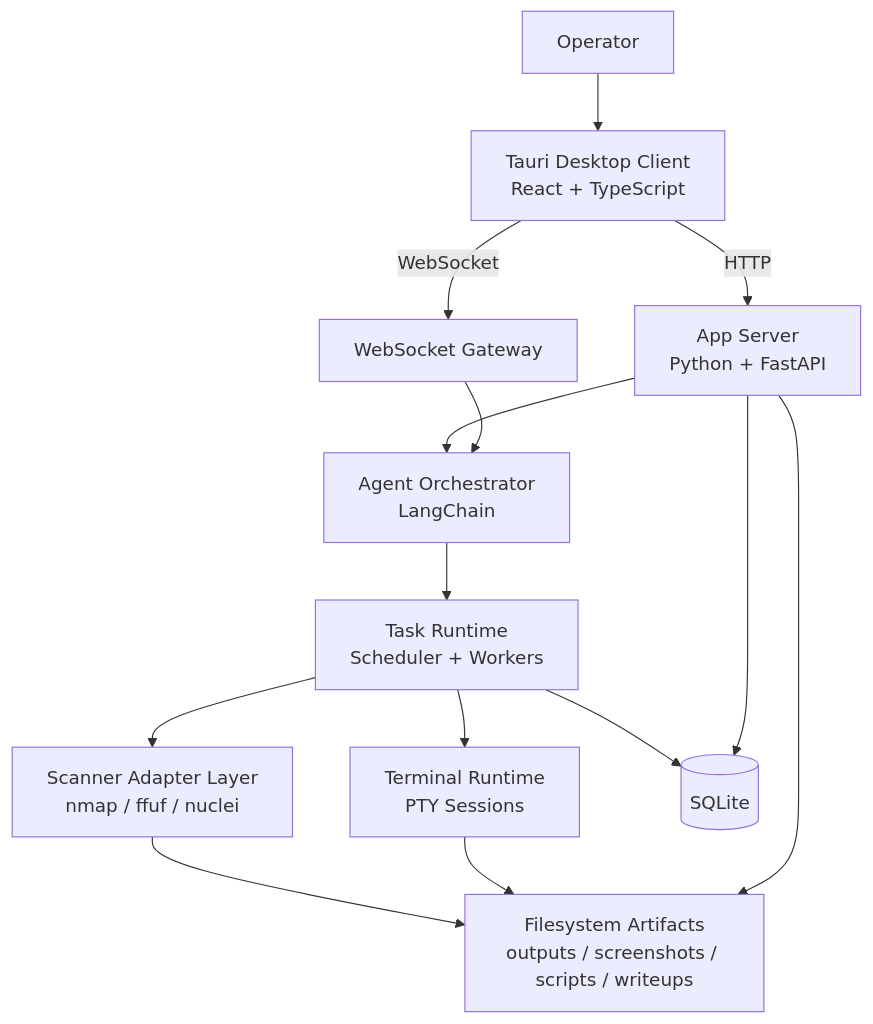
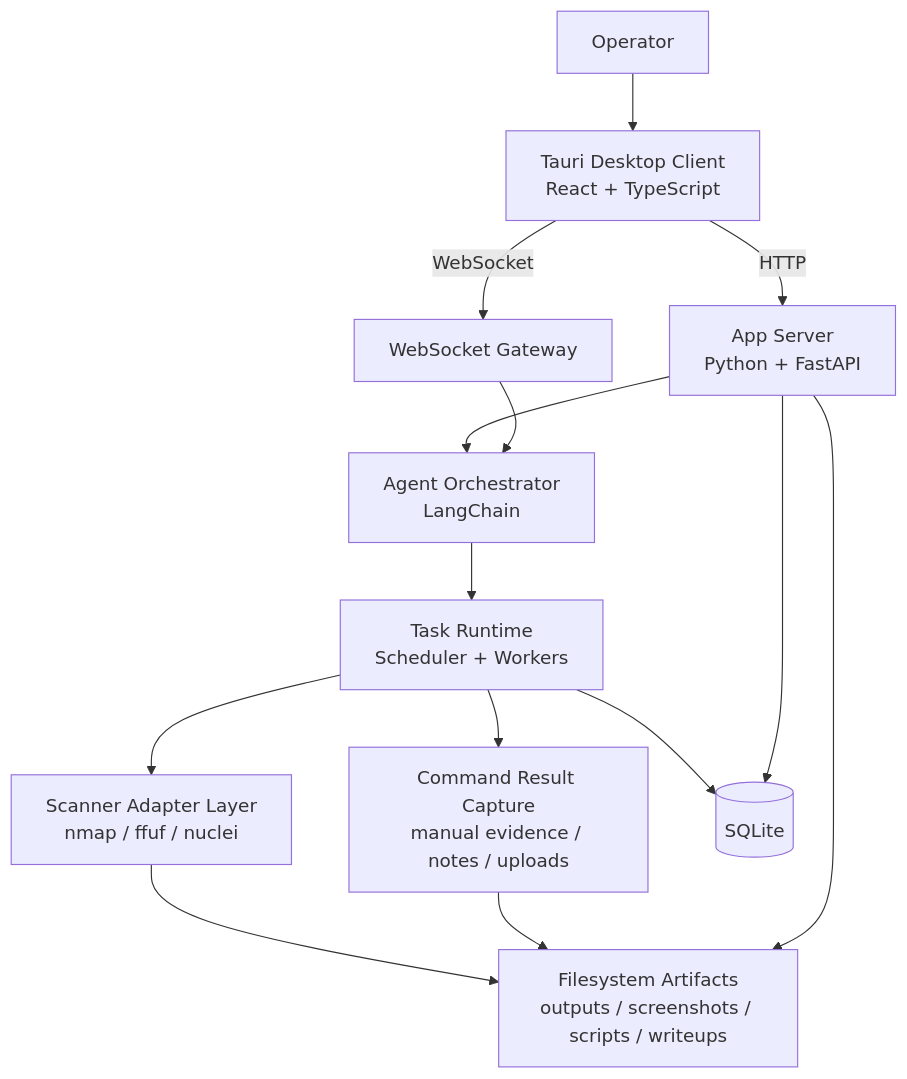
The first of 3 diagrams in docs/design/control-center-platform-design.md (a1457139709/red_agent), drawn with Mermaid before and after one commit. The commit also changed other lines of this file and 45 other files, not shown here.

````diff
--- a/docs/design/control-center-platform-design.md
+++ b/docs/design/control-center-platform-design.md
@@ -17,27 +17,27 @@
 ```mermaid
 graph TD
     Operator[Operator]
     Desktop[Tauri Desktop Client\nReact + TypeScript]
     API[App Server\nPython + FastAPI]
     WS[WebSocket Gateway]
     Agent[Agent Orchestrator\nLangChain]
     Runtime[Task Runtime\nScheduler + Workers]
     Scanner[Scanner Adapter Layer\nnmap / ffuf / nuclei]
-    Terminal[Terminal Runtime\nPTY Sessions]
+    Capture[Command Result Capture\nmanual evidence / notes / uploads]
     DB[(SQLite)]
     Files[Filesystem Artifacts\noutputs / screenshots / scripts / writeups]
 
     Operator --> Desktop
     Desktop -->|HTTP| API
     Desktop -->|WebSocket| WS
     API --> Agent
     WS --> Agent
     Agent --> Runtime
     Runtime --> Scanner
-    Runtime --> Terminal
+    Runtime --> Capture
     Runtime --> DB
     Scanner --> Files
-    Terminal --> Files
+    Capture --> Files
     API --> DB
     API --> Files
 ```
````
